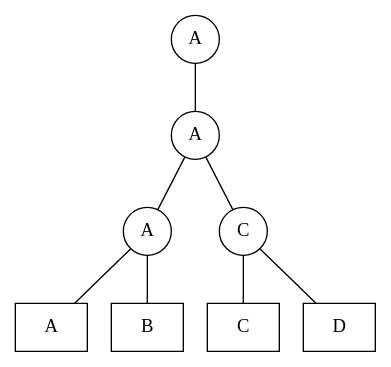
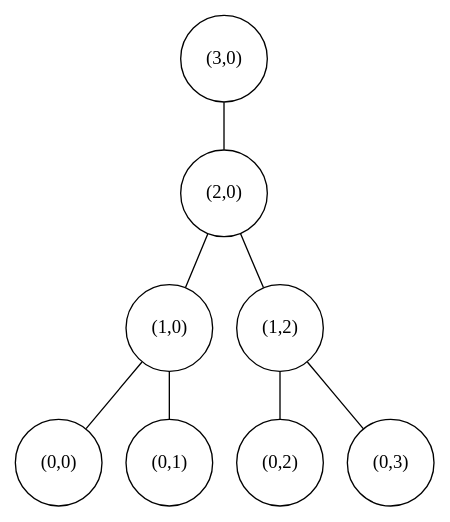
Before and after one commit to sgolodetz/comparisonpaper: the diagram in graphs/convergencemerging-example-d.gv, drawn with Graphviz. The commit also changed 8 other files, not shown here.

```diff
--- a/graphs/convergencemerging-example-d.gv
+++ b/graphs/convergencemerging-example-d.gv
@@ -1,21 +1,21 @@
 graph
 {
 	node [shape=circle];
 
-	A4 [label="A"];
-	A3 [label="A"];
-	A2 [label="A"];
-	C2 [label="C"];
+	A4 [label="(3,0)"];
+	A3 [label="(2,0)"];
+	A2 [label="(1,0)"];
+	C2 [label="(1,2)"];
 
-	node [shape=box];
+	//node [shape=box];
 
-	A1 [label="A"];
-	B1 [label="B"];
-	C1 [label="C"];
-	D1 [label="D"];
+	A1 [label="(0,0)"];
+	B1 [label="(0,1)"];
+	C1 [label="(0,2)"];
+	D1 [label="(0,3)"];
 
 	A4 -- A3 -- A2 -- A1;
 	A3 -- C2 -- C1;
 	A2 -- B1;
 	C2 -- D1;
 }
```
